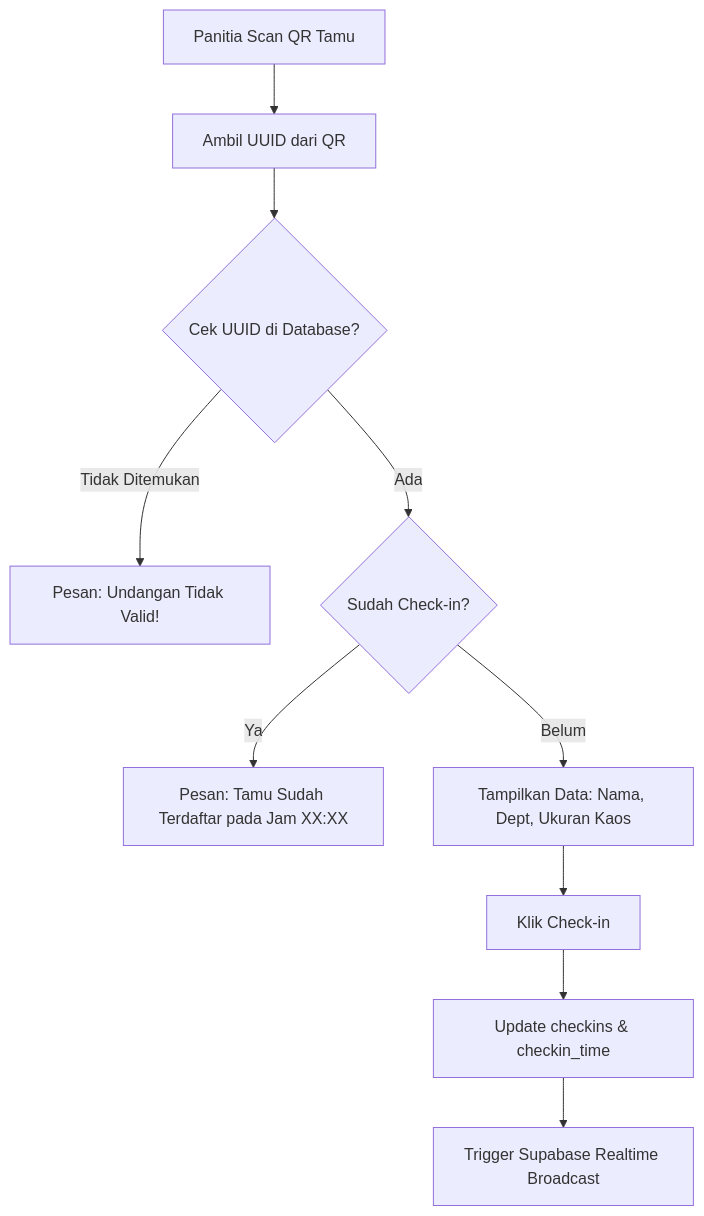
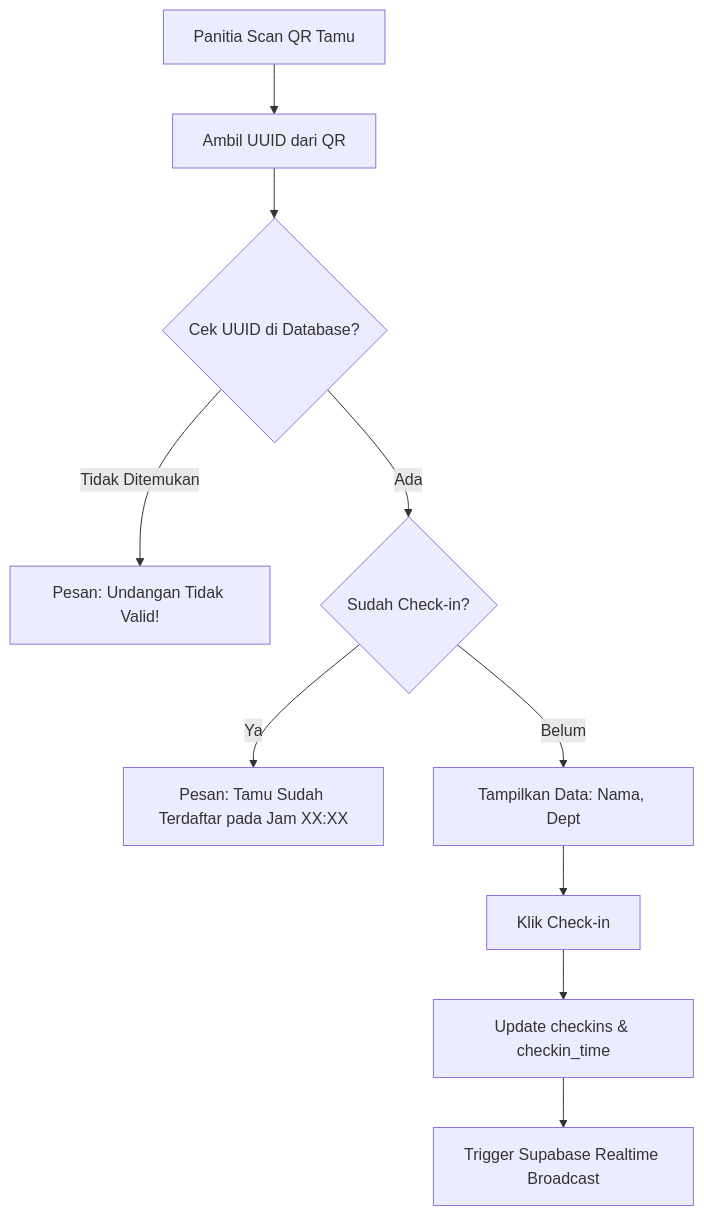
One commit to bip-itteam-internal/halal-bihalal-2025 changed the ninth of 12 diagrams in docs/project_brief.md. Above: the diagram before and after it, drawn with Mermaid. The commit also changed other lines of this file, not shown here.

````diff
--- a/docs/project_brief.md
+++ b/docs/project_brief.md
@@ -531,12 +479,12 @@
 ```mermaid
 graph TD
     A[Panitia Scan QR Tamu] --> B[Ambil UUID dari QR]
     B --> C{Cek UUID di Database?}
     C -- Tidak Ditemukan --> D[Pesan: Undangan Tidak Valid!]
     C -- Ada --> E{Sudah Check-in?}
     E -- Ya --> F[Pesan: Tamu Sudah Terdaftar pada Jam XX:XX]
-    E -- Belum --> G[Tampilkan Data: Nama, Dept, Ukuran Kaos]
+    E -- Belum --> G[Tampilkan Data: Nama, Dept]
     G --> H[Klik Check-in]
     H --> I[Update checkins & checkin_time]
     I --> J[Trigger Supabase Realtime Broadcast]
 ```
````
